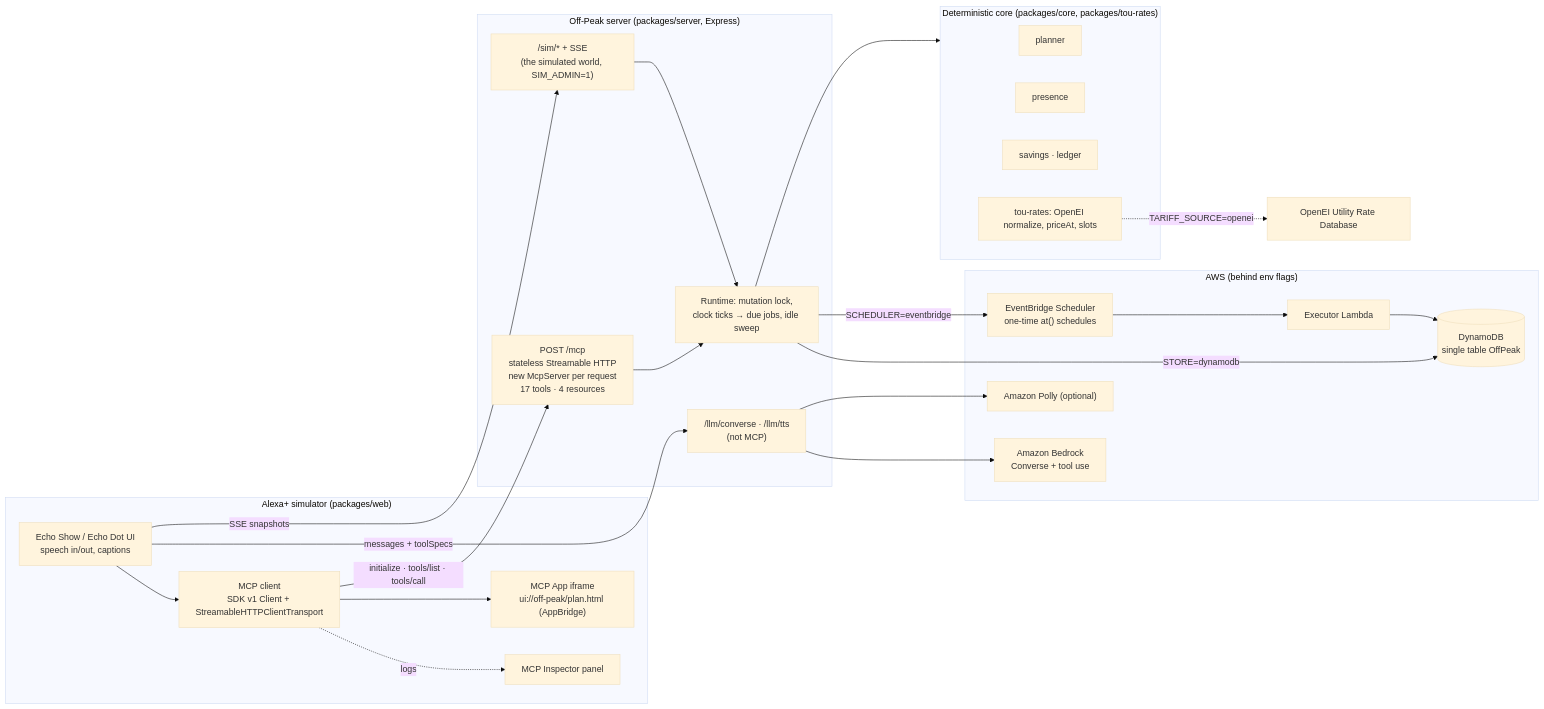
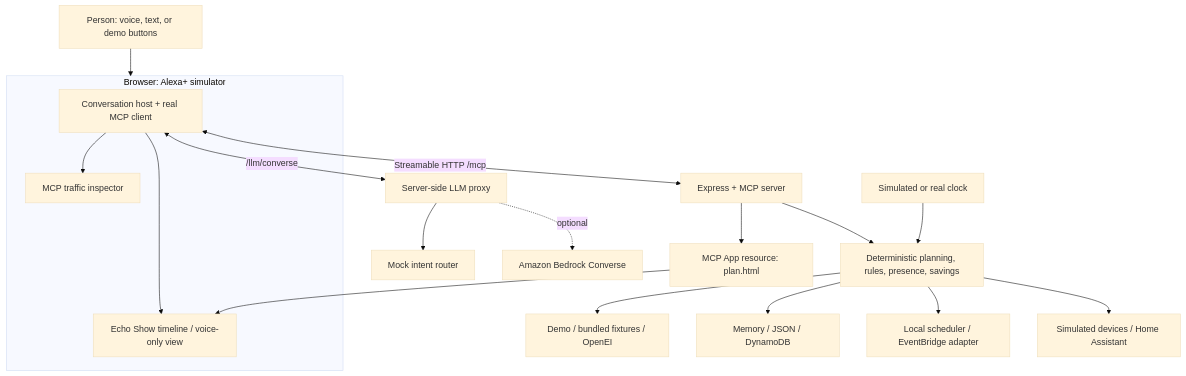
Before and after one commit to Darthh/AWS-Alexa-Hackathon: the diagram in README.md, drawn with Mermaid (base theme). The commit also changed other lines of this file and 1 other file, not shown here.

Commit message:
docs: expand Off-Peak README with setup, architecture, and demo guide

````diff
--- a/README.md
+++ b/README.md
@@ -81,48 +179,23 @@
 ```mermaid
-flowchart LR
-  subgraph Browser["Alexa+ simulator (packages/web)"]
-    UI["Echo Show / Echo Dot UI<br/>speech in/out, captions"]
-    MC["MCP client<br/>SDK v1 Client + StreamableHTTPClientTransport"]
-    INS["MCP Inspector panel"]
-    APP["MCP App iframe<br/>ui://off-peak/plan.html (AppBridge)"]
-    UI --> MC
-    MC -. logs .-> INS
-    MC --> APP
-  end
-
-  subgraph Server["Off-Peak server (packages/server, Express)"]
-    MCP["POST /mcp<br/>stateless Streamable HTTP<br/>new McpServer per request<br/>17 tools · 4 resources"]
-    LLM["/llm/converse · /llm/tts<br/>(not MCP)"]
-    SIM["/sim/* + SSE<br/>(the simulated world, SIM_ADMIN=1)"]
-    RT["Runtime: mutation lock,<br/>clock ticks → due jobs, idle sweep"]
-    MCP --> RT
-    SIM --> RT
-  end
-
-  subgraph Core["Deterministic core (packages/core, packages/tou-rates)"]
-    PL["planner"]
-    PR["presence"]
-    SV["savings · ledger"]
-    TR["tou-rates: OpenEI normalize, priceAt, slots"]
-  end
-
-  subgraph AWS["AWS (behind env flags)"]
-    BR["Amazon Bedrock<br/>Converse + tool use"]
-    DDB[("DynamoDB<br/>single table OffPeak")]
-    EBS["EventBridge Scheduler<br/>one-time at() schedules"]
-    EX["Executor Lambda"]
-    POL["Amazon Polly (optional)"]
-  end
-
-  OEI["OpenEI Utility Rate Database"]
-
-  MC -- "initialize · tools/list · tools/call" --> MCP
-  UI -- "messages + toolSpecs" --> LLM
-  LLM --> BR
-  LLM --> POL
-  UI -- "SSE snapshots" --> SIM
-  RT --> Core
-  RT -- "STORE=dynamodb" --> DDB
-  RT -- "SCHEDULER=eventbridge" --> EBS --> EX --> DDB
-  TR -. "TARIFF_SOURCE=openei" .-> OEI
+flowchart TB
+    User["Person: voice, text, or demo buttons"] --> Browser
+    subgraph Browser["Browser: Alexa+ simulator"]
+        Host["Conversation host + real MCP client"]
+        View["Echo Show timeline / voice-only view"]
+        Inspector["MCP traffic inspector"]
+        Host --> View
+        Host --> Inspector
+    end
+    Host <-->|"Streamable HTTP /mcp"| Server["Express + MCP server"]
+    Host <-->|"/llm/converse"| Proxy["Server-side LLM proxy"]
+    Proxy --> Mock["Mock intent router"]
+    Proxy -. "optional" .-> Bedrock["Amazon Bedrock Converse"]
+    Server --> Core["Deterministic planning, rules, presence, savings"]
+    Core --> Tariffs["Demo / bundled fixtures / OpenEI"]
+    Core --> Store["Memory / JSON / DynamoDB"]
+    Core --> Jobs["Local scheduler / EventBridge adapter"]
+    Core --> Devices["Simulated devices / Home Assistant"]
+    Clock["Simulated or real clock"] --> Core
+    Server --> Resource["MCP App resource: plan.html"]
+    Resource --> View
 ```
````
